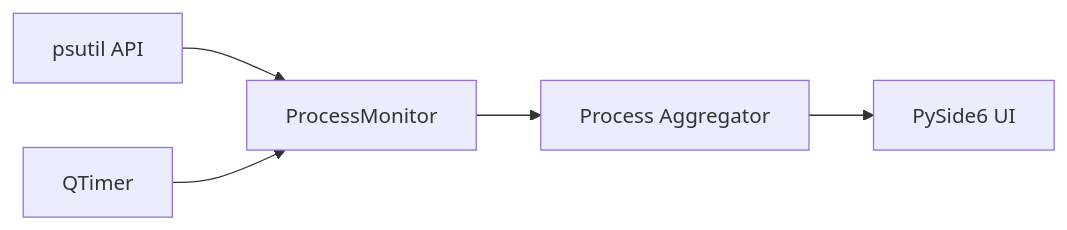
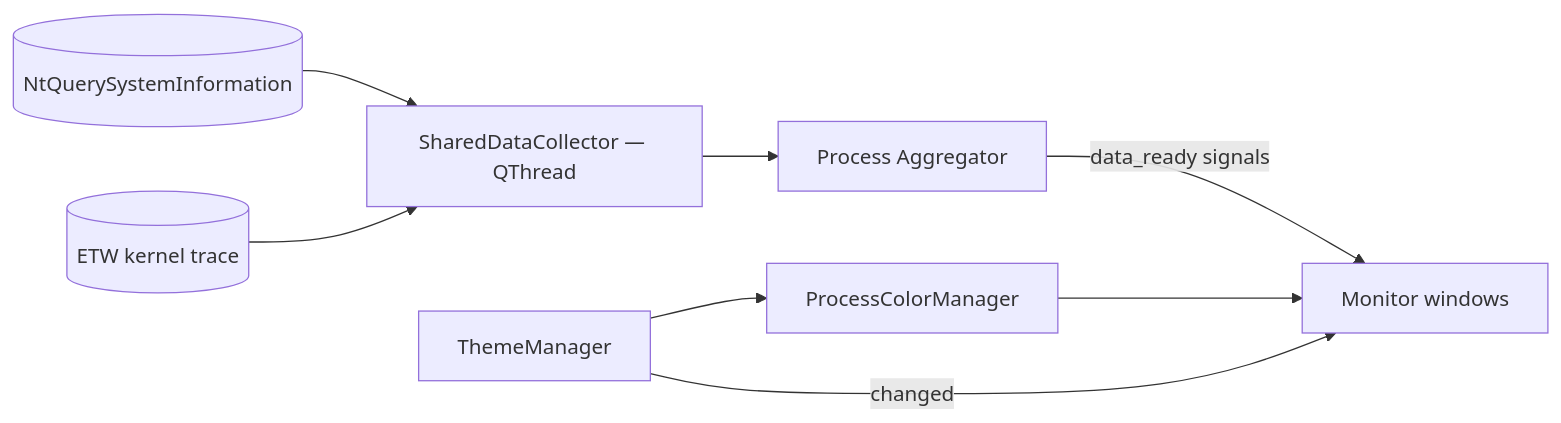
The diagram in CLAUDE.md (UVuruna/Vitals), drawn with Mermaid before and after one commit. The commit also changed other lines of this file, not shown here.

First line of the commit message:
2.2.004 CLAUDE.md — correct stale project facts (names, architecture, build)

````diff
--- a/CLAUDE.md
+++ b/CLAUDE.md
@@ -72,7 +76,10 @@
 ```mermaid
 flowchart LR
-    psutil[psutil API] --> Monitor[ProcessMonitor]
-    Monitor --> Aggregator[Process Aggregator]
-    Aggregator --> UI[PySide6 UI]
-    Timer[QTimer] --> Monitor
+    NtQSI[(NtQuerySystemInformation)] --> Collector[SharedDataCollector — QThread]
+    ETW[(ETW kernel trace)] --> Collector
+    Collector --> Aggregator[Process Aggregator]
+    Aggregator -->|data_ready signals| UI[Monitor windows]
+    PCM[ProcessColorManager] --> UI
+    Theme[ThemeManager] -->|changed| UI
+    Theme --> PCM
 ```
````
